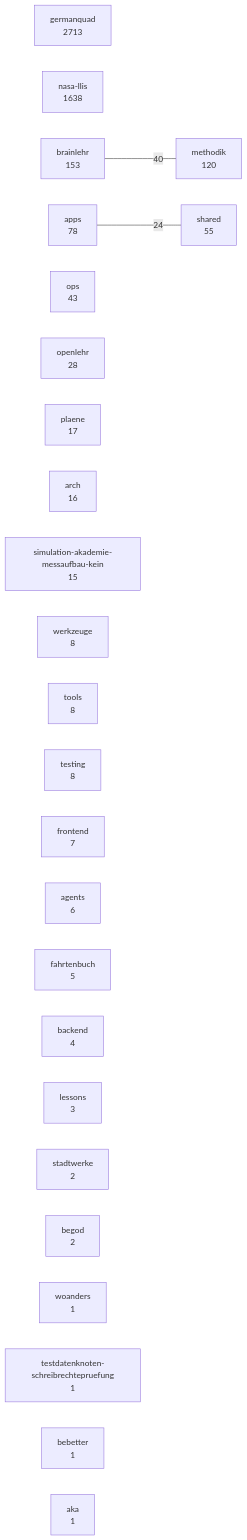
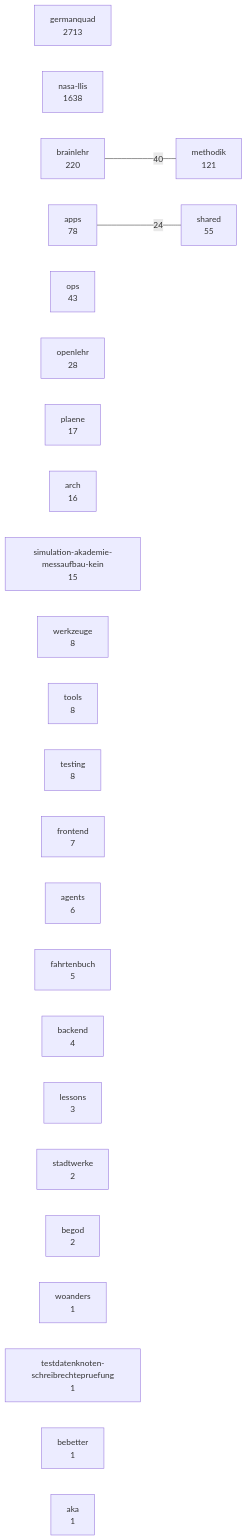
The diagram in docs/karten/bestand.md (3lehr/brainlehr), drawn with Mermaid before and after one commit. The commit also changed 2 other files, not shown here.

First paragraph of the commit message:
feat(brainlehr): 66 Dokumente sind jetzt auffindbar -- und die Abrufguete hat sich nicht bewegt
Linie A aus docs/PLAN_DOKUMENTABLAGE_2026-08-16.md, vollstaendig umgesetzt.
Verweisknoten unter /brainlehr/dokumente fuer:

````diff
--- a/docs/karten/bestand.md
+++ b/docs/karten/bestand.md
@@ -5,30 +5,30 @@
 ```mermaid
 graph LR
   germanquad["germanquad<br/>2713"]
   nasa_llis["nasa-llis<br/>1638"]
-  brainlehr["brainlehr<br/>153"]
-  methodik["methodik<br/>120"]
+  brainlehr["brainlehr<br/>220"]
+  methodik["methodik<br/>121"]
   apps["apps<br/>78"]
   shared["shared<br/>55"]
   ops["ops<br/>43"]
   openlehr["openlehr<br/>28"]
   plaene["plaene<br/>17"]
   arch["arch<br/>16"]
   simulation_akademie_messaufbau_kein["simulation-akademie-messaufbau-kein<br/>15"]
   werkzeuge["werkzeuge<br/>8"]
   tools["tools<br/>8"]
   testing["testing<br/>8"]
   frontend["frontend<br/>7"]
   agents["agents<br/>6"]
   fahrtenbuch["fahrtenbuch<br/>5"]
   backend["backend<br/>4"]
   lessons["lessons<br/>3"]
   stadtwerke["stadtwerke<br/>2"]
   begod["begod<br/>2"]
   woanders["woanders<br/>1"]
   testdatenknoten_schreibrechtepruefung["testdatenknoten-schreibrechtepruefung<br/>1"]
   bebetter["bebetter<br/>1"]
   aka["aka<br/>1"]
   brainlehr ---|40| methodik
   apps ---|24| shared
 ```
````
